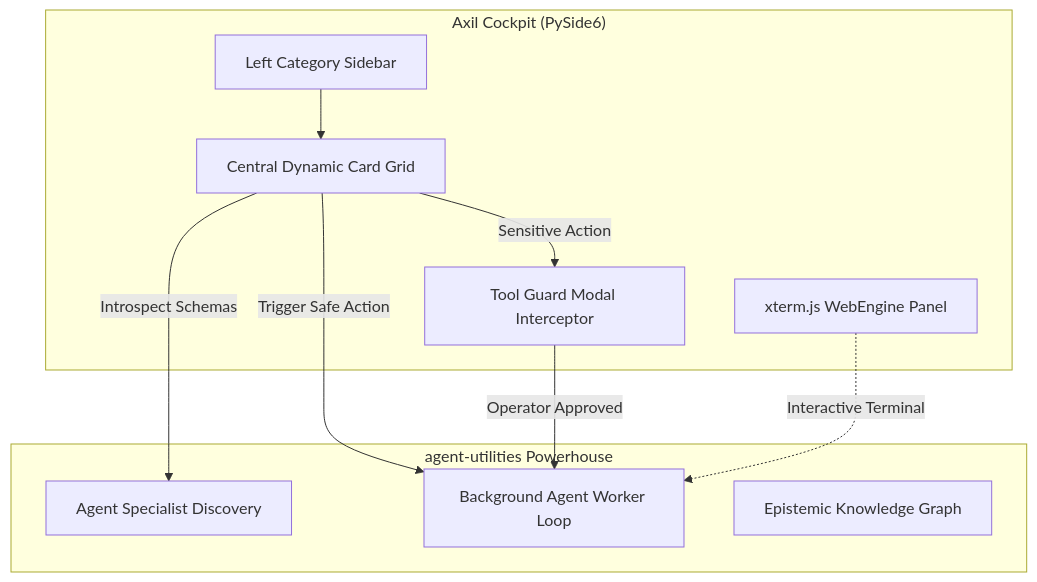
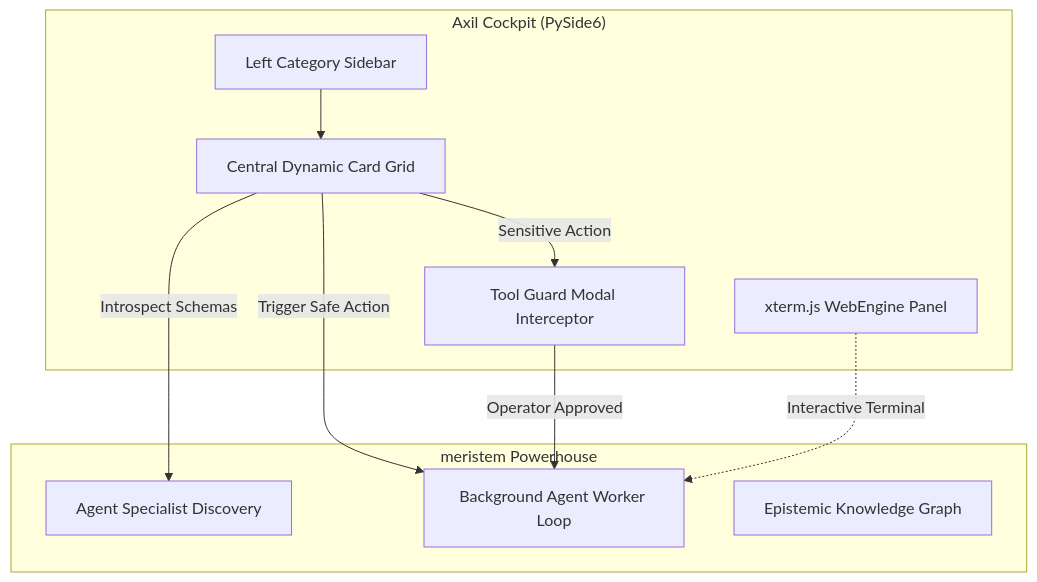
Before and after one commit to Knuckles-Team/geniusbot: the diagram in README.md, drawn with Mermaid. The commit also changed other lines of this file and 164 other files, not shown here.

````diff
--- a/README.md
+++ b/README.md
@@ -88,22 +88,22 @@
 ```mermaid
 graph TD
     subgraph GUI ["Axil Cockpit (PySide6)"]
         Sidebar["Left Category Sidebar"]
         GridDeck["Central Dynamic Card Grid"]
         ToolGuard["Tool Guard Modal Interceptor"]
         TerminalPanel["xterm.js WebEngine Panel"]
     end
 
-    subgraph Backend ["agent-utilities Powerhouse"]
+    subgraph Backend ["meristem Powerhouse"]
         Discovery["Agent Specialist Discovery"]
         Executor["Background Agent Worker Loop"]
         KG["Epistemic Knowledge Graph"]
     end
 
     Sidebar --> GridDeck
     GridDeck -->|Introspect Schemas| Discovery
     GridDeck -->|Trigger Safe Action| Executor
     GridDeck -->|Sensitive Action| ToolGuard
     ToolGuard -->|Operator Approved| Executor
     TerminalPanel -.->|Interactive Terminal| Executor
 ```
````
